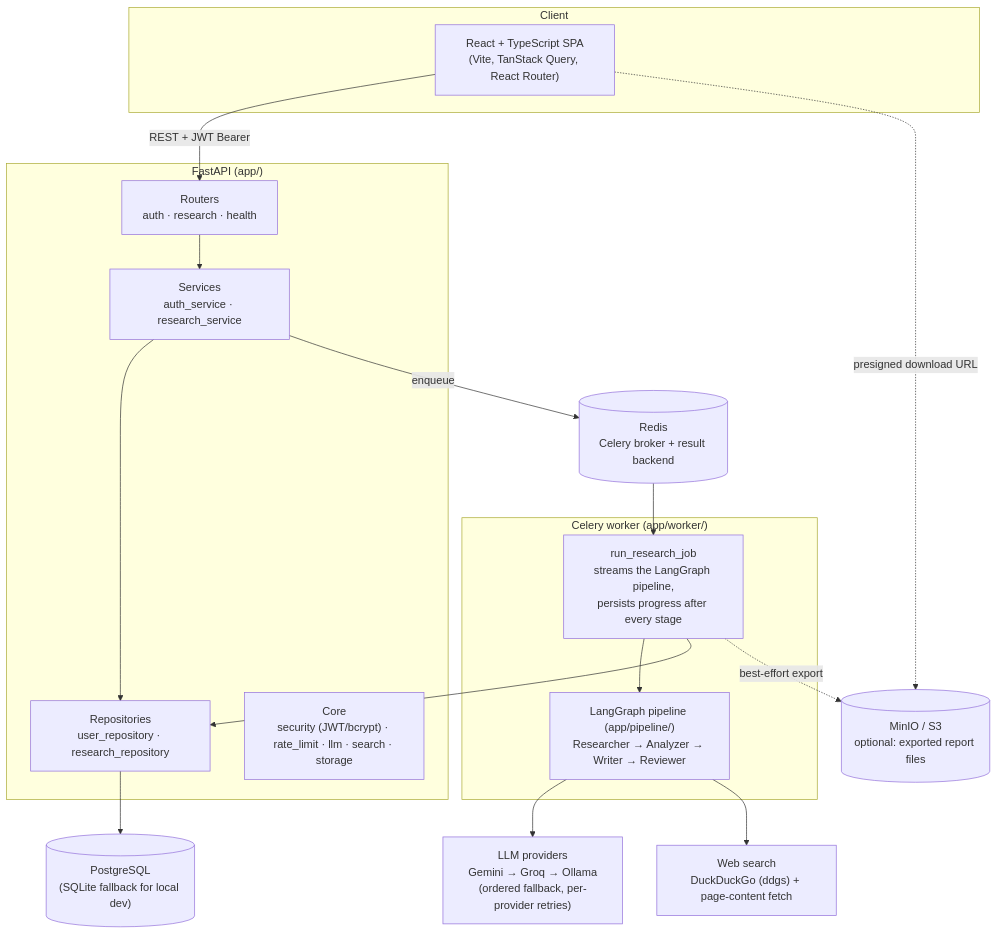
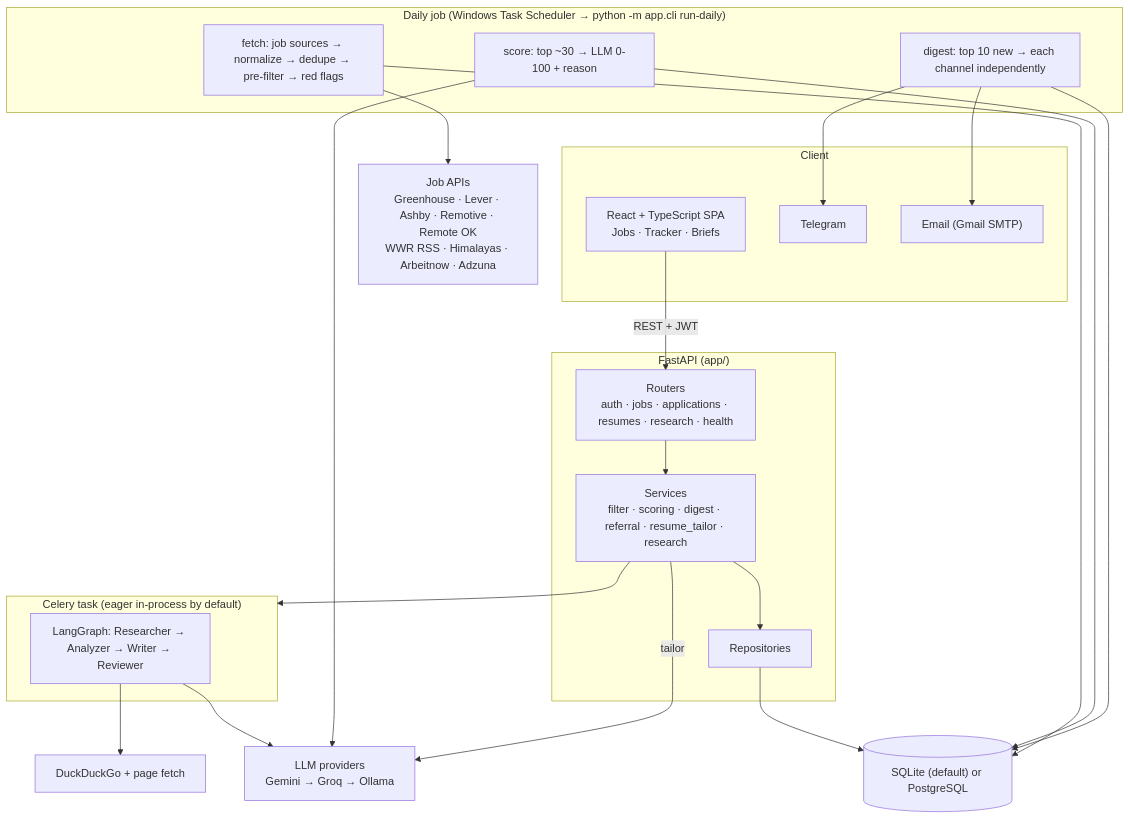
One commit to SRASHTI2004/RESEARCH-AI changed the diagram in README.md. Above: the diagram before and after it, drawn with Mermaid. The commit also changed other lines of this file and 8 other files, not shown here.

````diff
--- a/README.md
+++ b/README.md
@@ -28,38 +41,40 @@
 ```mermaid
 flowchart TB
     subgraph Client
-        FE["React + TypeScript SPA<br/>(Vite, TanStack Query, React Router)"]
+        FE["React + TypeScript SPA<br/>Jobs · Tracker · Briefs"]
+        TG["Telegram"]
+        MAIL["Email (Gmail SMTP)"]
+    end
+
+    subgraph Daily["Daily job (Windows Task Scheduler → python -m app.cli run-daily)"]
+        Fetch["fetch: job sources → normalize → dedupe → pre-filter → red flags"]
+        Score["score: top ~30 → LLM 0-100 + reason"]
+        Digest["digest: top 10 new → each channel independently"]
     end
 
     subgraph API["FastAPI (app/)"]
-        Routers["Routers<br/>auth · research · health"]
-        Services["Services<br/>auth_service · research_service"]
-        Repos["Repositories<br/>user_repository · research_repository"]
-        Core["Core<br/>security (JWT/bcrypt) · rate_limit · llm · search · storage"]
+        Routers["Routers<br/>auth · jobs · applications · resumes · research · health"]
+        Services["Services<br/>filter · scoring · digest · referral · resume_tailor · research"]
+        Repos["Repositories"]
     end
 
-    subgraph Worker["Celery worker (app/worker/)"]
-        Task["run_research_job<br/>streams the LangGraph pipeline,<br/>persists progress after every stage"]
-        Pipeline["LangGraph pipeline (app/pipeline/)<br/>Researcher → Analyzer → Writer → Reviewer"]
+    subgraph Worker["Celery task (eager in-process by default)"]
+        Pipeline["LangGraph: Researcher → Analyzer → Writer → Reviewer"]
     end
 
-    DB[("PostgreSQL<br/>(SQLite fallback for local dev)")]
-    Redis[("Redis<br/>Celery broker + result backend")]
-    Storage[("MinIO / S3<br/>optional: exported report files")]
+    DB[("SQLite (default) or PostgreSQL")]
+    Sources["Job APIs<br/>Greenhouse · Lever · Ashby · Remotive · Remote OK<br/>WWR RSS · Himalayas · Arbeitnow · Adzuna"]
+    LLM["LLM providers<br/>Gemini → Groq → Ollama"]
+    Search["DuckDuckGo + page fetch"]
 
-    LLM["LLM providers<br/>Gemini → Groq → Ollama<br/>(ordered fallback, per-provider retries)"]
-    Search["Web search<br/>DuckDuckGo (ddgs) + page-content fetch"]
-
-    FE -->|"REST + JWT Bearer"| Routers
-    Routers --> Services
-    Services --> Repos
-    Repos --> DB
-    Services -->|enqueue| Redis
-    Redis --> Task
-    Task --> Pipeline
+    FE -->|"REST + JWT"| Routers --> Services --> Repos --> DB
+    Services --> Worker
     Pipeline --> LLM
     Pipeline --> Search
-    Task --> Repos
-    Task -.->|best-effort export| Storage
-    FE -.->|presigned download URL| Storage
+    Fetch --> Sources
+    Score --> LLM
+    Fetch & Score & Digest --> DB
+    Digest --> TG
+    Digest --> MAIL
+    Services -->|tailor| LLM
 ```
````
